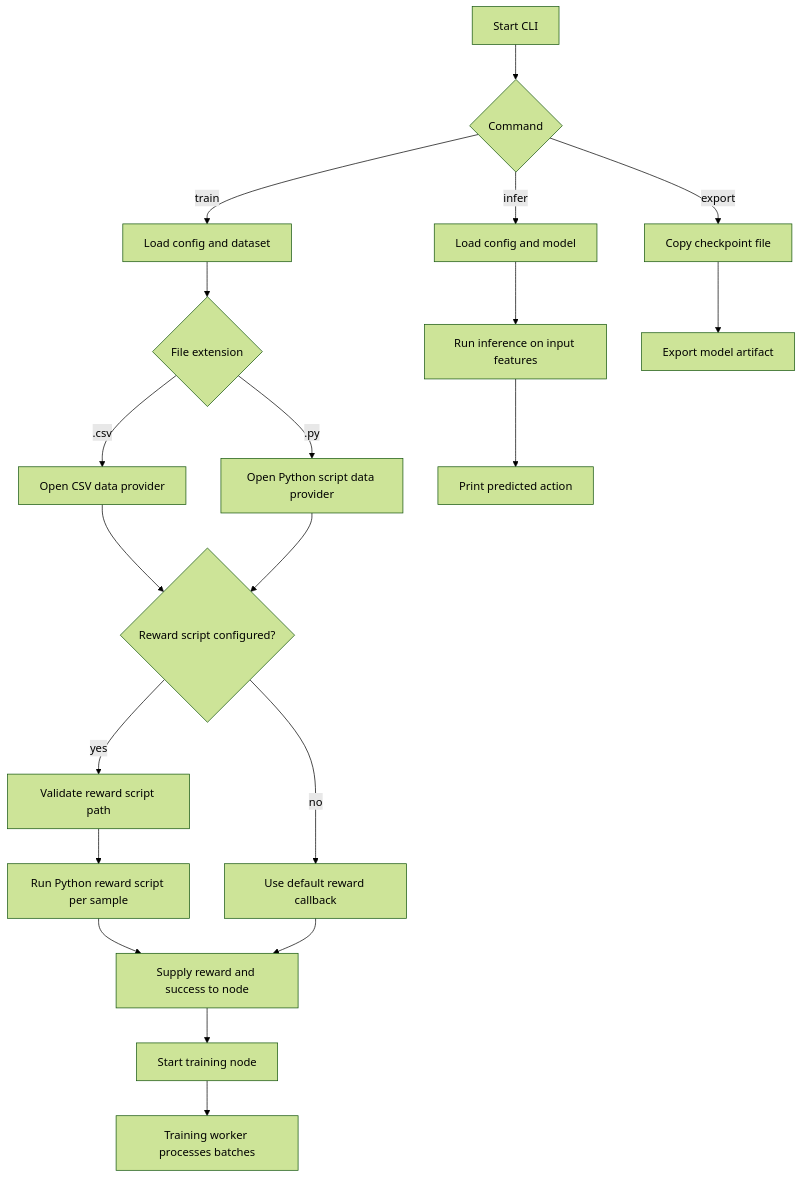
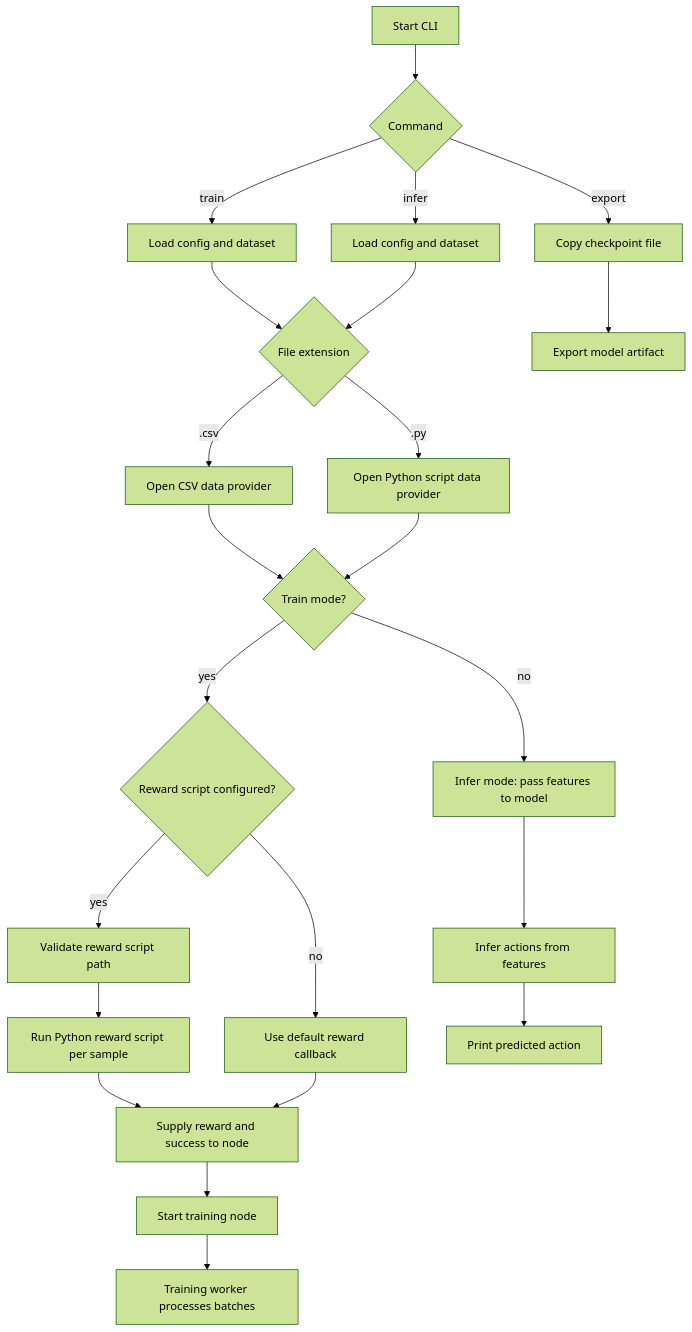
The diagram in docs/cli_workflow.md (ali-heidari/RLT-CLI), drawn with Mermaid (forest theme) before and after one commit. The commit also changed other lines of this file and 3 other files, not shown here.

Commit message:
Use python script as a datasource for the infer mode

````diff
--- a/docs/cli_workflow.md
+++ b/docs/cli_workflow.md
@@ -7,22 +7,25 @@
 ```mermaid
 flowchart TD
     A[Start CLI] --> B{Command}
     B --> |train| C[Load config and dataset]
-    B --> |infer| D[Load config and model]
+    B --> |infer| D[Load config and dataset]
     B --> |export| E[Copy checkpoint file]
     C --> F{File extension}
+    D --> F
     F --> |.csv| G[Open CSV data provider]
     F --> |.py| H[Open Python script data provider]
-    G --> I{Reward script configured?}
+    G --> I{Train mode?}
     H --> I
-    I --> |yes| J[Validate reward script path]
-    I --> |no| K[Use default reward callback]
-    J --> L[Run Python reward script per sample]
-    L --> M[Supply reward and success to node]
-    K --> M
-    M --> N[Start training node]
-    N --> O[Training worker processes batches]
-    D --> P[Run inference on input features]
-    P --> Q[Print predicted action]
-    E --> R[Export model artifact]
+    I --> |yes| J{Reward script configured?}
+    I --> |no| K[Infer mode: pass features to model]
+    J --> |yes| L[Validate reward script path]
+    J --> |no| M[Use default reward callback]
+    L --> N[Run Python reward script per sample]
+    N --> O[Supply reward and success to node]
+    M --> O
+    O --> P[Start training node]
+    P --> Q[Training worker processes batches]
+    K --> R[Infer actions from features]
+    R --> S[Print predicted action]
+    E --> T[Export model artifact]
 ```
````
